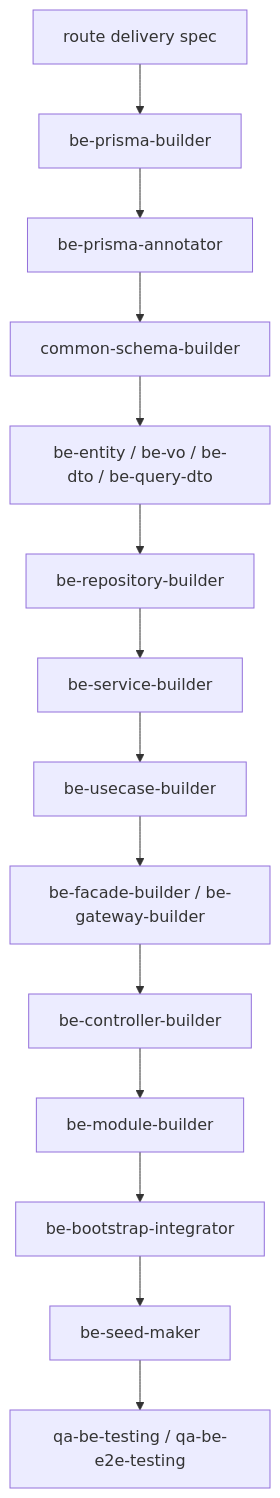
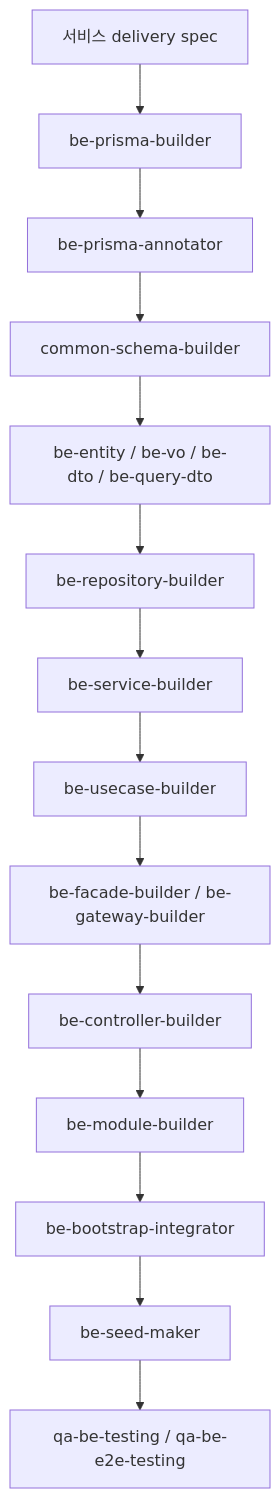
One commit to kimjoongwon/prj-core changed the third of 5 diagrams in docs/orchestration-agent-relationship-flow.md. Above: the diagram before and after it, drawn with Mermaid. The commit also changed other lines of this file and 5 other files, not shown here.

Commit message:
docs: 서비스 delivery 오케스트레이션 정리

````diff
--- a/docs/orchestration-agent-relationship-flow.md
+++ b/docs/orchestration-agent-relationship-flow.md
@@ -158,16 +175,16 @@
 ```mermaid
 flowchart TD
-  Spec["route delivery spec"] --> P["be-prisma-builder"]
+  Spec["서비스 delivery spec"] --> P["be-prisma-builder"]
   P --> PA["be-prisma-annotator"]
   PA --> S["common-schema-builder"]
   S --> M["be-entity / be-vo / be-dto / be-query-dto"]
   M --> R["be-repository-builder"]
   R --> SV["be-service-builder"]
   SV --> UC["be-usecase-builder"]
   UC --> F["be-facade-builder / be-gateway-builder"]
   F --> C["be-controller-builder"]
   C --> MOD["be-module-builder"]
   MOD --> BOOT["be-bootstrap-integrator"]
   BOOT --> SEED["be-seed-maker"]
   SEED --> QA["qa-be-testing / qa-be-e2e-testing"]
 ```
````
